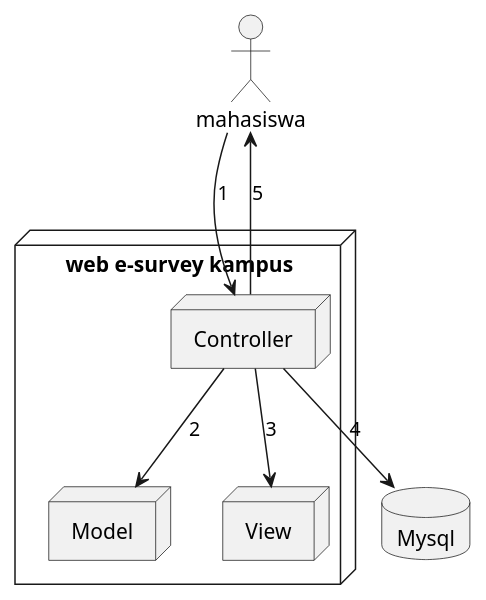
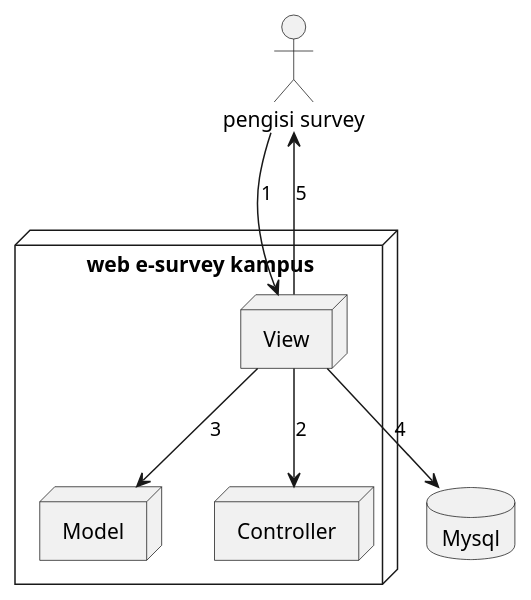
The diagram in uml/uml.puml (314dhan/e-survey), drawn with PlantUML before and after one commit. The commit also changed 1 other file, not shown here.

```diff
--- a/uml/uml.puml
+++ b/uml/uml.puml
@@ -1,19 +1,18 @@
 @startuml
 
-actor "mahasiswa" as user
-
+actor "pengisi survey" as user
 node "web e-survey kampus"{
     node "Model" as model
     node "Controller" as controller
     node "View" as view
 }
 
 database "Mysql" as mysql
 
-user --> controller : 1
-controller --> model : 2
-controller --> view : 3
-controller --> mysql : 4
-controller --> user : 5
+user --> view : 1
+view --> controller: 2
+view --> model : 3
+view --> mysql : 4
+view --> user : 5
 
 @enduml
```
